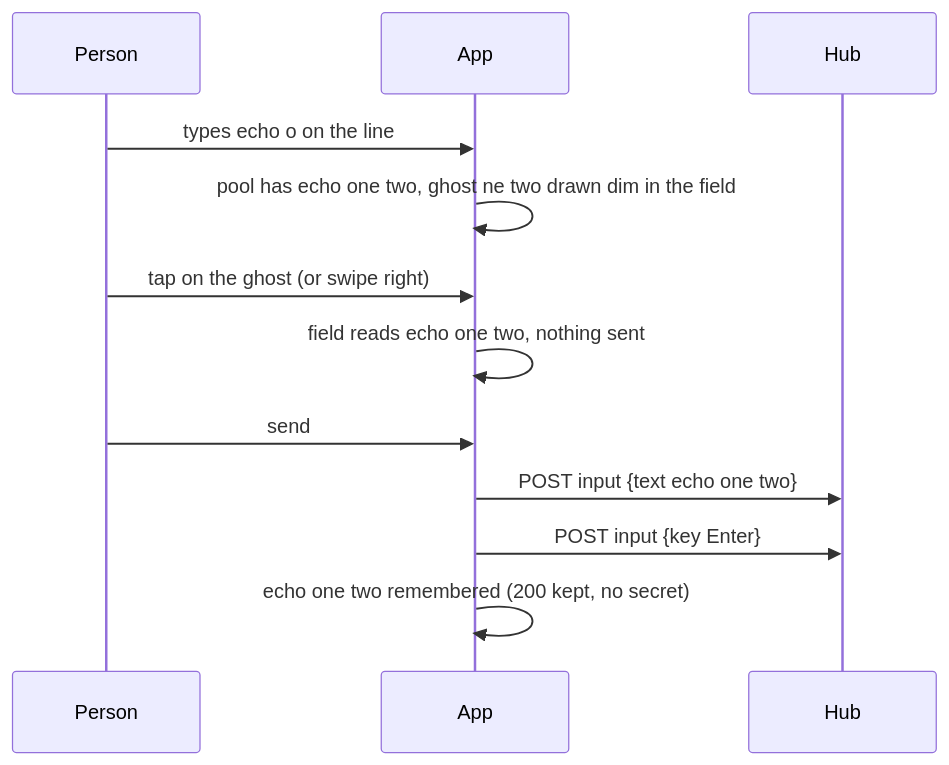
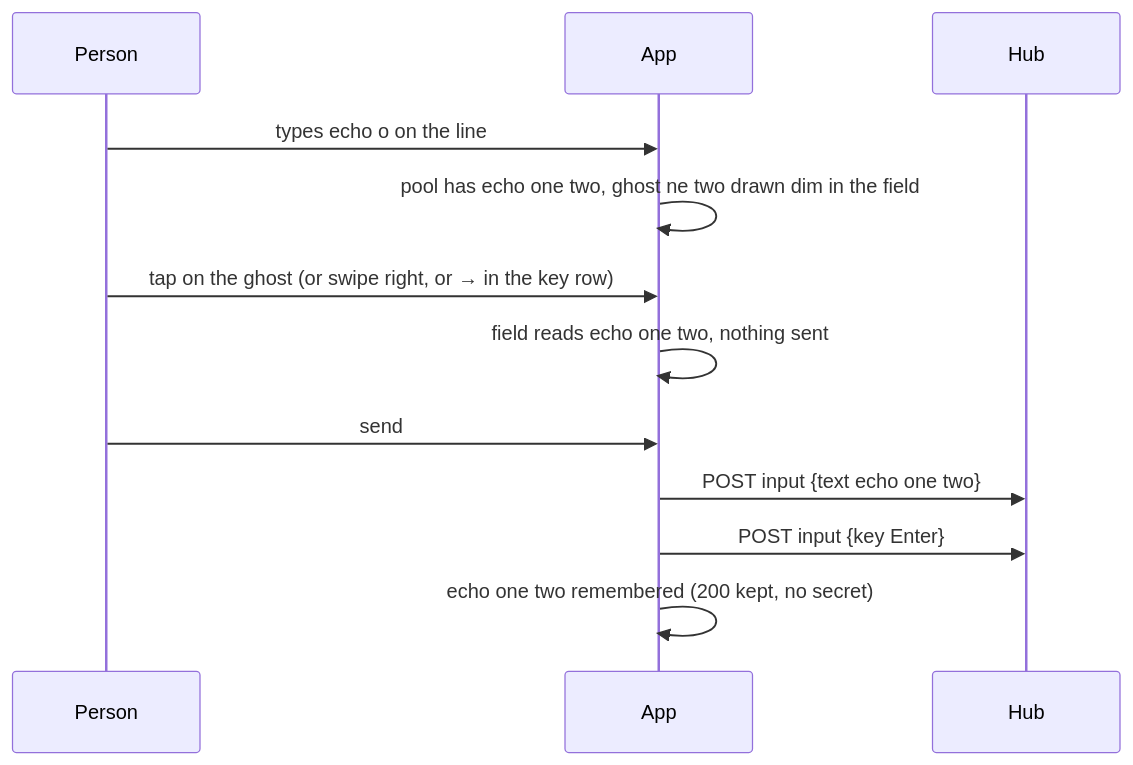
The second of 2 diagrams in docs/features/shell-helper.md (notmarkopadjen/muxway-android), drawn with Mermaid before and after one commit. The commit also changed other lines of this file and 8 other files, not shown here.

First line of the commit message:
A held tile is drawn scaled to the tile, and → in the key row takes the line's ghost

````diff
--- a/docs/features/shell-helper.md
+++ b/docs/features/shell-helper.md
@@ -122,14 +124,14 @@
 ```mermaid
 sequenceDiagram
     participant P as Person
     participant A as App
     participant H as Hub
     P->>A: types echo o on the line
     A->>A: pool has echo one two, ghost ne two drawn dim in the field
-    P->>A: tap on the ghost (or swipe right)
+    P->>A: tap on the ghost (or swipe right, or → in the key row)
     A->>A: field reads echo one two, nothing sent
     P->>A: send
     A->>H: POST input {text echo one two}
     A->>H: POST input {key Enter}
     A->>A: echo one two remembered (200 kept, no secret)
 ```
````
